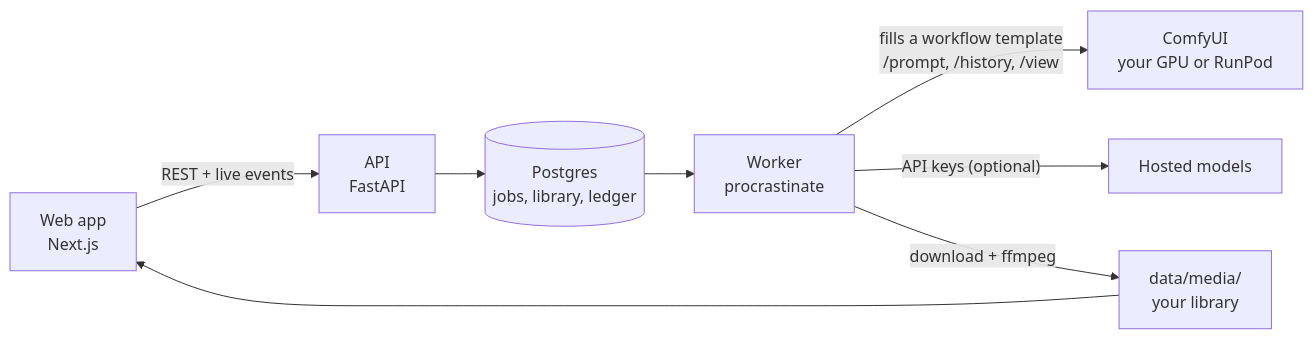
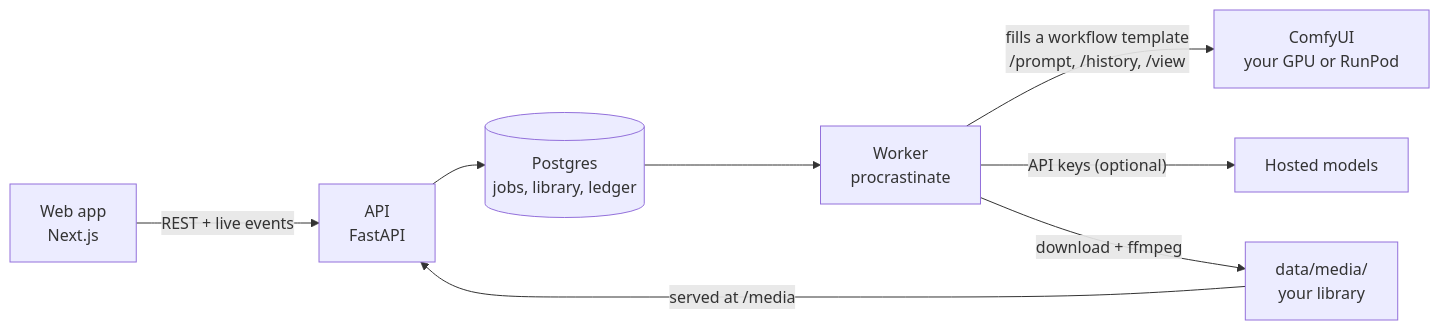
Before and after one commit to sanchezrobertodev/opsis: the diagram in README.md, drawn with Mermaid. The commit also changed other lines of this file and 15 other files, not shown here.

````diff
--- a/README.md
+++ b/README.md
@@ -17,10 +89,10 @@
 ```mermaid
 flowchart LR
   UI["Web app<br/>Next.js"] -->|REST + live events| API["API<br/>FastAPI"]
   API --> DB[("Postgres<br/>jobs, library, ledger")]
   DB --> W["Worker<br/>procrastinate"]
   W -->|"fills a workflow template<br/>/prompt, /history, /view"| C["ComfyUI<br/>your GPU or RunPod"]
   W -->|"API keys (optional)"| P["Hosted models"]
   W -->|"download + ffmpeg"| M["data/media/<br/>your library"]
-  M --> UI
+  M -->|"served at /media"| API
 ```
````
